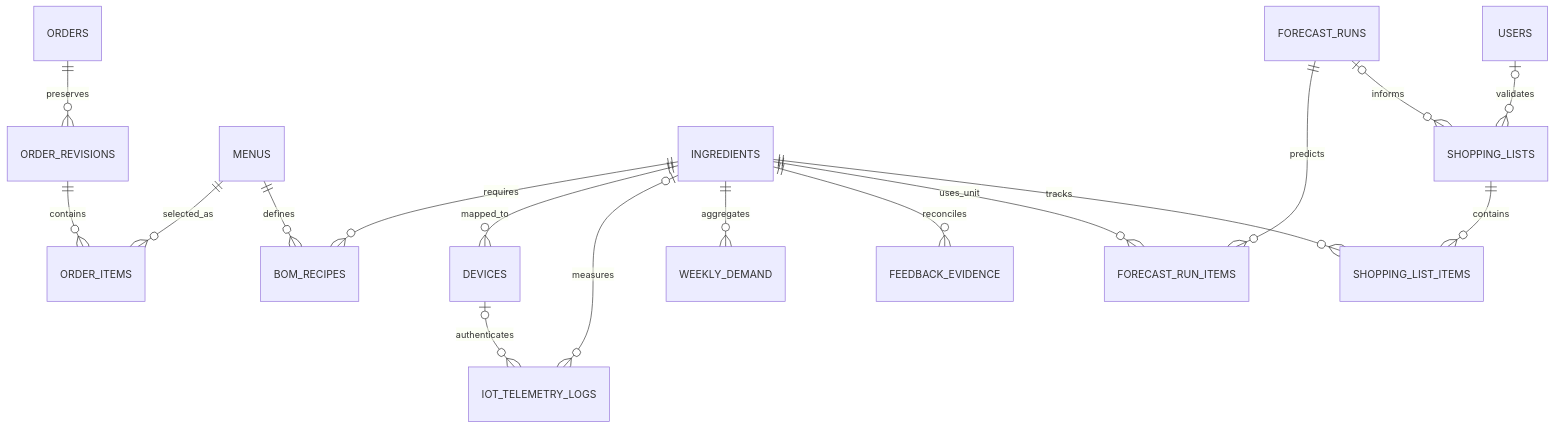
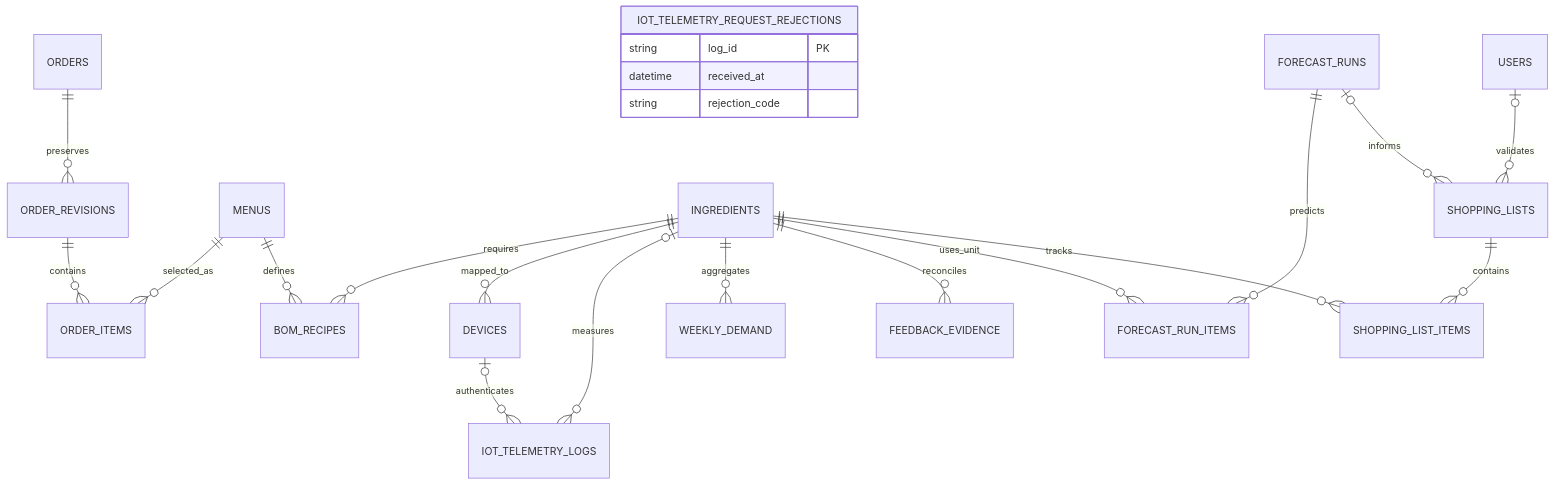
The diagram in docs/backend-data.md (nanapossum/II3120-G08-sikembang), drawn with Mermaid before and after one commit. The commit also changed other lines of this file and 13 other files, not shown here.

````diff
--- a/docs/backend-data.md
+++ b/docs/backend-data.md
@@ -7,19 +7,24 @@
 ```mermaid
 erDiagram
     ORDERS ||--o{ ORDER_REVISIONS : preserves
     ORDER_REVISIONS ||--o{ ORDER_ITEMS : contains
     MENUS ||--o{ ORDER_ITEMS : selected_as
     MENUS ||--o{ BOM_RECIPES : defines
     INGREDIENTS ||--o{ BOM_RECIPES : requires
     INGREDIENTS ||--o{ DEVICES : mapped_to
     DEVICES o|--o{ IOT_TELEMETRY_LOGS : authenticates
     INGREDIENTS o|--o{ IOT_TELEMETRY_LOGS : measures
+    IOT_TELEMETRY_REQUEST_REJECTIONS {
+        string log_id PK
+        datetime received_at
+        string rejection_code
+    }
     INGREDIENTS ||--o{ WEEKLY_DEMAND : aggregates
     INGREDIENTS ||--o{ FEEDBACK_EVIDENCE : reconciles
     FORECAST_RUNS ||--o{ FORECAST_RUN_ITEMS : predicts
     INGREDIENTS ||--o{ FORECAST_RUN_ITEMS : uses_unit
     FORECAST_RUNS o|--o{ SHOPPING_LISTS : informs
     USERS o|--o{ SHOPPING_LISTS : validates
     SHOPPING_LISTS ||--o{ SHOPPING_LIST_ITEMS : contains
     INGREDIENTS ||--o{ SHOPPING_LIST_ITEMS : tracks
 ```
````
